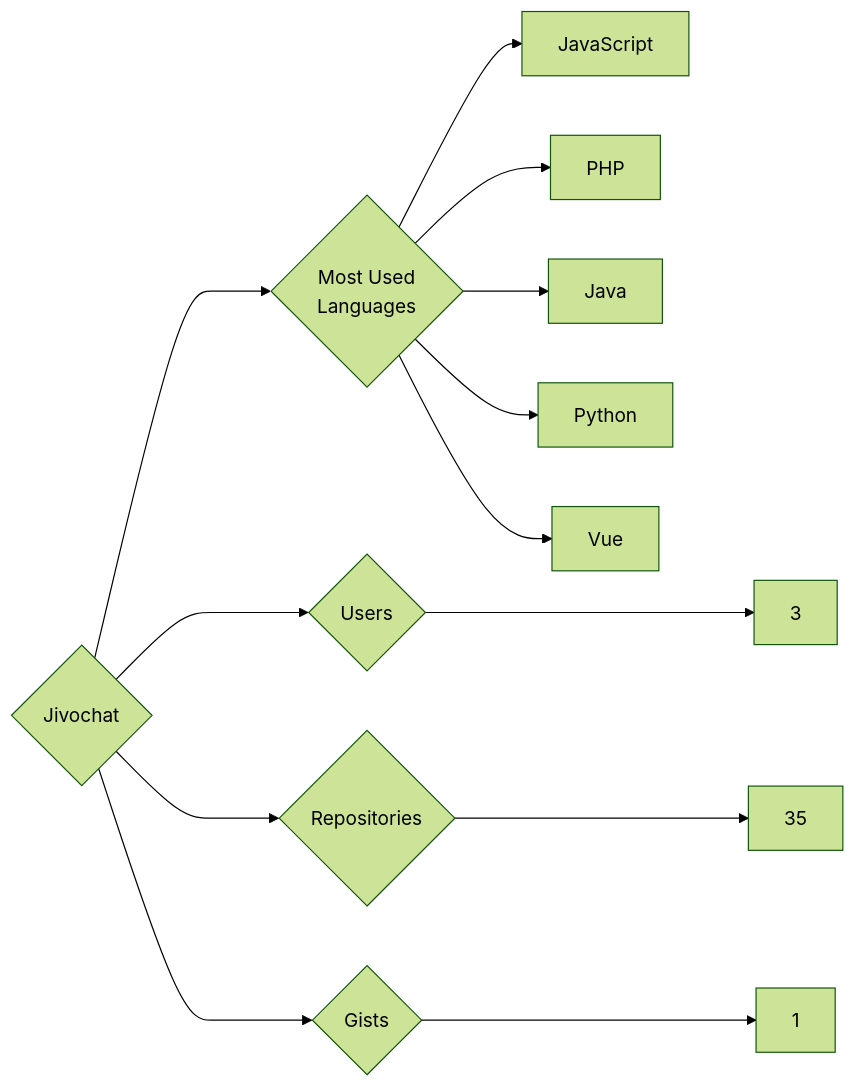
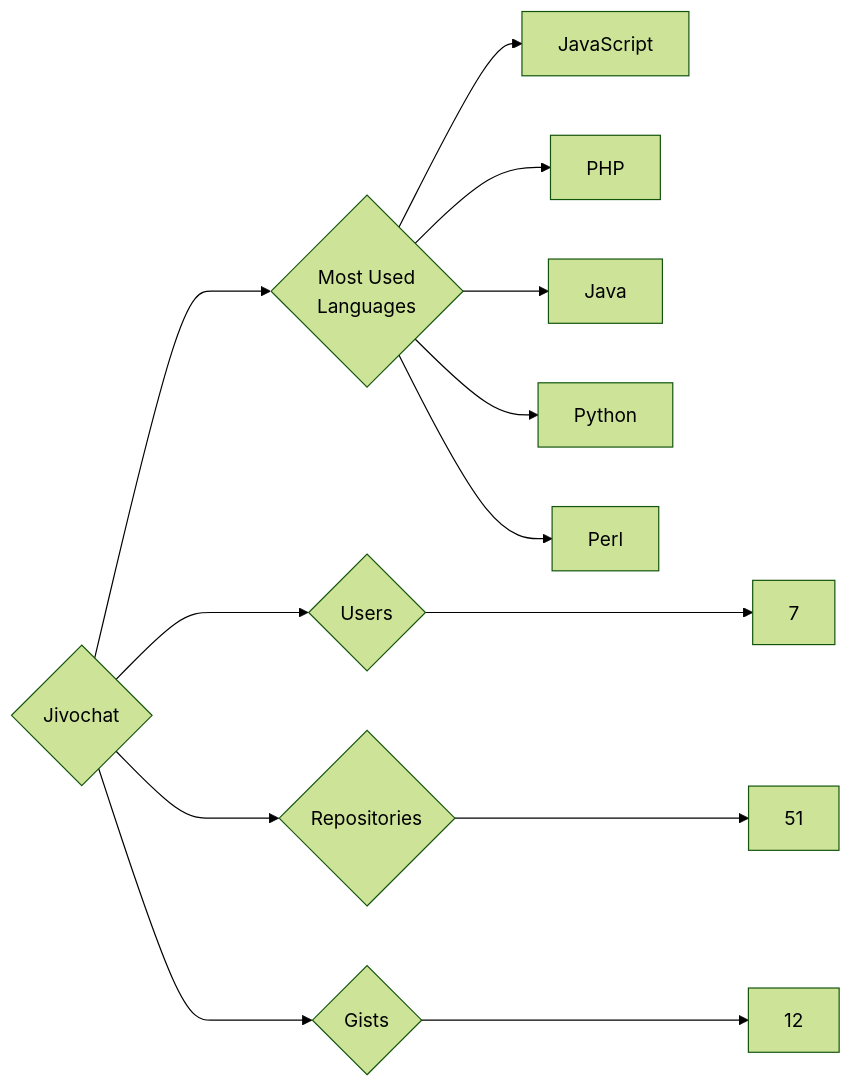
Before and after one commit to trickest/insiders: the diagram in targets/Jivochat/README.md, drawn with Mermaid (forest theme). The commit also changed 914 other files, not shown here.

````diff
--- a/targets/Jivochat/README.md
+++ b/targets/Jivochat/README.md
@@ -3,13 +3,13 @@
 ```mermaid
 graph LR
 COMPANY_NAME{Jivochat}
-COMPANY_NAME ---> U{Users} ---> UN[3]
-COMPANY_NAME ---> R{Repositories} ---> RN[35]
-COMPANY_NAME ---> G{Gists} ---> GN[1]
+COMPANY_NAME ---> U{Users} ---> UN[7]
+COMPANY_NAME ---> R{Repositories} ---> RN[51]
+COMPANY_NAME ---> G{Gists} ---> GN[12]
 COMPANY_NAME ---> ML{Most Used<br>Languages}
 ML --> JavaScript[JavaScript]
 ML --> PHP[PHP]
 ML --> Java[Java]
 ML --> Python[Python]
-ML --> Vue[Vue]
+ML --> Perl[Perl]
 ```
````
